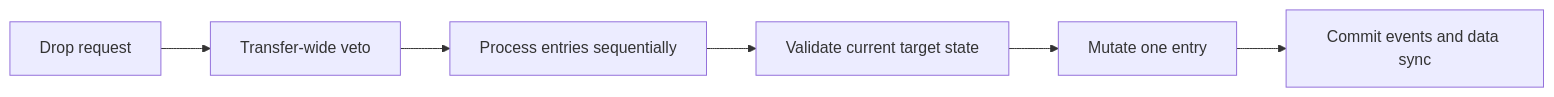
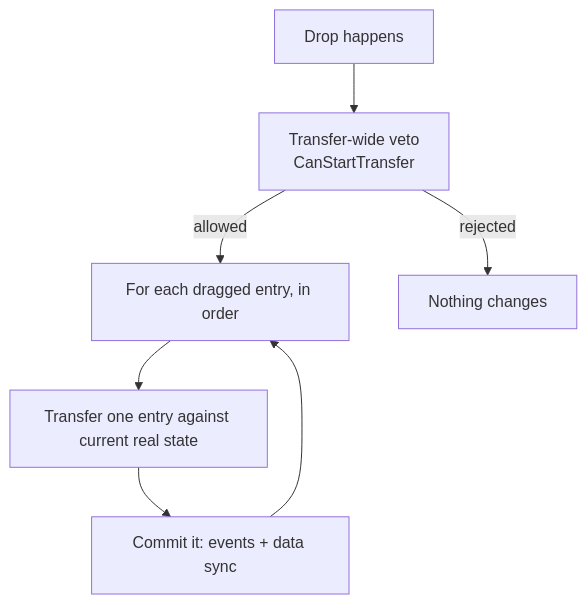
Before and after one commit to SergeevSergey99/DragAndDropSystem-Docs: the first of 2 diagrams in .docs/content/architecture/transfer-pipeline.en.md, drawn with Mermaid. The commit also changed other lines of this file and 15 other files, not shown here.

````diff
--- a/.docs/content/architecture/transfer-pipeline.en.md
+++ b/.docs/content/architecture/transfer-pipeline.en.md
@@ -13,8 +19,9 @@
 ```mermaid
-flowchart LR
-    A["Drop request"] --> B["Transfer-wide veto"]
-    B --> C["Process entries sequentially"]
-    C --> D["Validate current target state"]
-    D --> E["Mutate one entry"]
-    E --> F["Commit events and data sync"]
+flowchart TD
+    DROP["Drop happens"] --> VETO["Transfer-wide veto<br/>CanStartTransfer"]
+    VETO -->|allowed| LOOP["For each dragged entry, in order"]
+    VETO -->|rejected| STOP["Nothing changes"]
+    LOOP --> ENTRY["Transfer one entry against current real state"]
+    ENTRY --> COMMIT["Commit it: events + data sync"]
+    COMMIT --> LOOP
 ```
````
